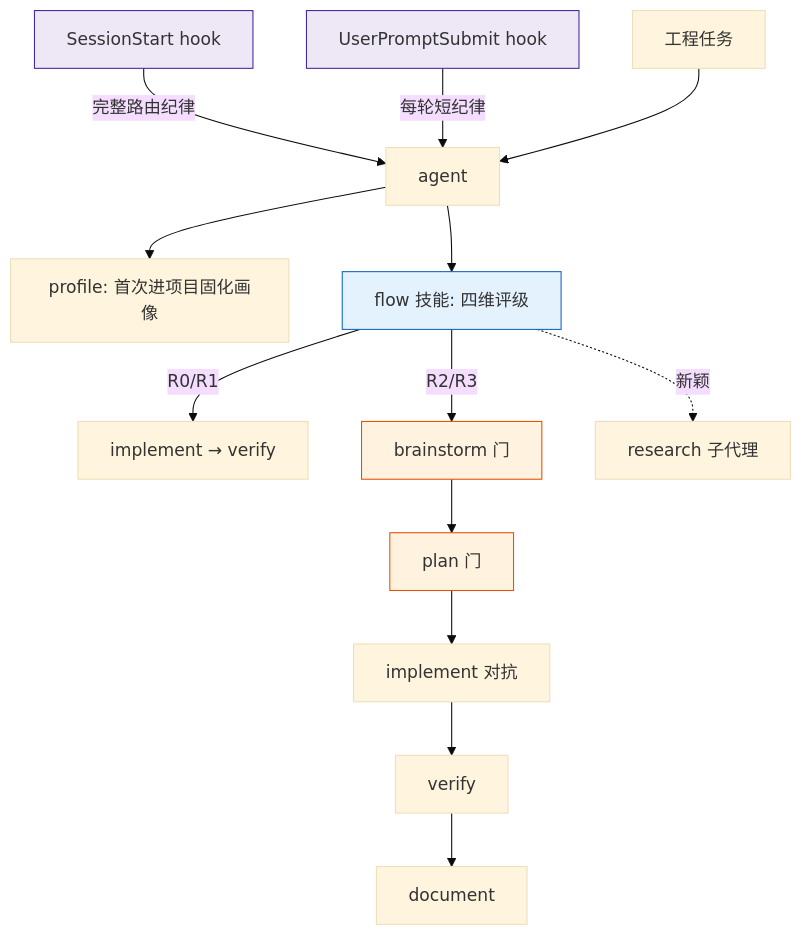
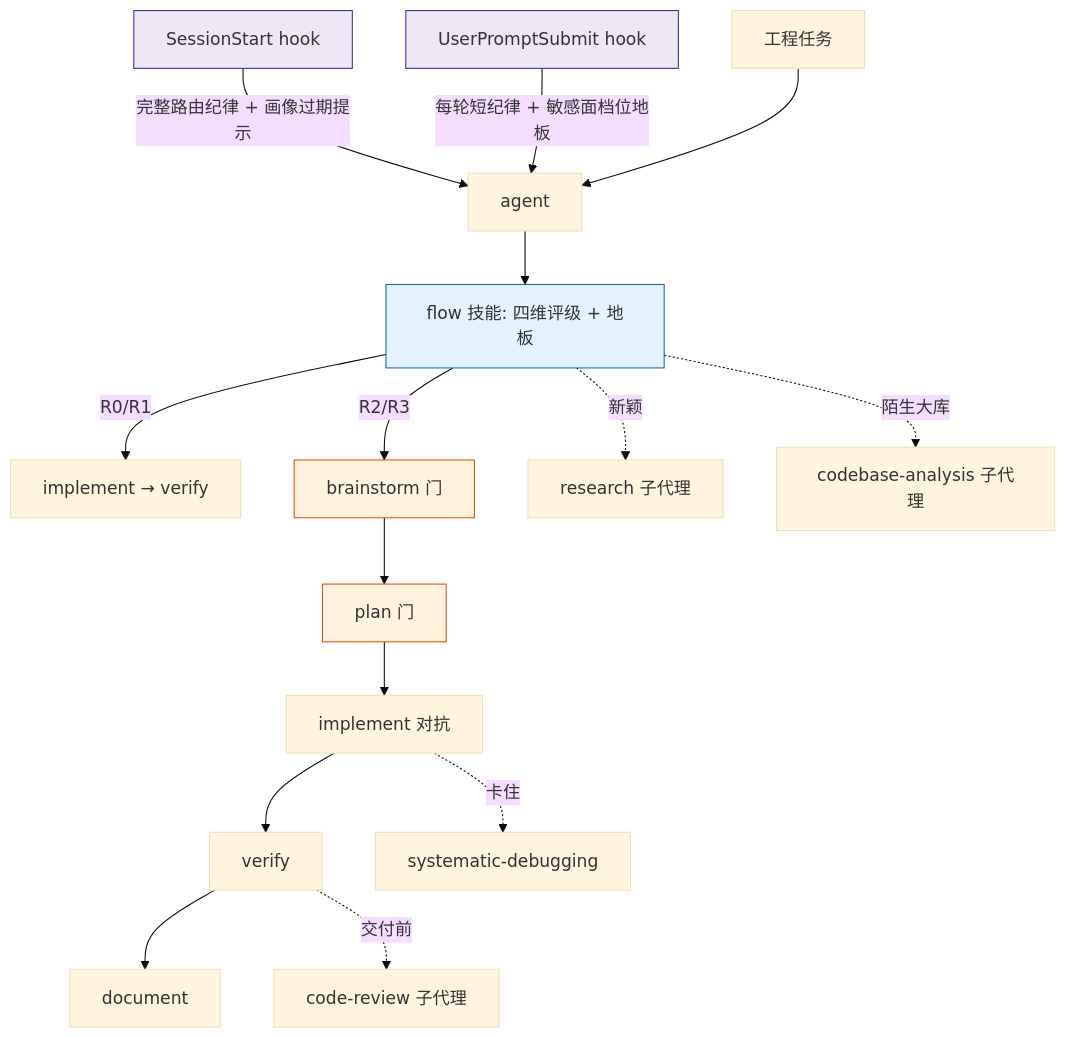
One commit to owenhu-cloud/flow-harness changed the first of 2 diagrams in docs/DESIGN.md. Above: the diagram before and after it, drawn with Mermaid (base theme). The commit also changed other lines of this file and 2 other files, not shown here.

````diff
--- a/docs/DESIGN.md
+++ b/docs/DESIGN.md
@@ -43,15 +28,17 @@
 ```mermaid
 flowchart TD
-    H[SessionStart hook] -->|完整路由纪律| A[agent]
-    Q[UserPromptSubmit hook] -->|每轮短纪律| A
+    H[SessionStart hook] -->|完整路由纪律 + 画像过期提示| A[agent]
+    Q[UserPromptSubmit hook] -->|每轮短纪律 + 敏感面档位地板| A
     U[工程任务] --> A
-    A --> PF[profile: 首次进项目固化画像]
-    A --> R[flow 技能: 四维评级]
-    R -->|R0/R1| I[implement → verify]
-    R -->|R2/R3| B[brainstorm 门] --> P[plan 门] --> I2[implement 对抗] --> V[verify] --> D[document]
-    R -.新颖.-> RS[research 子代理]
+    A --> F[flow 技能: 四维评级 + 地板]
+    F -->|R0/R1| I[implement → verify]
+    F -->|R2/R3| B[brainstorm 门] --> P[plan 门] --> I2[implement 对抗] --> V[verify] --> D[document]
+    F -.新颖.-> R[research 子代理]
+    F -.陌生大库.-> CB[codebase-analysis 子代理]
+    I2 -.卡住.-> DB[systematic-debugging]
+    V -.交付前.-> CR[code-review 子代理]
     classDef route fill:#e3f2fd,stroke:#1565c0;
     classDef gate fill:#fff3e0,stroke:#e65100;
     classDef hook fill:#ede7f6,stroke:#4527a0;
-    class R route; class B,P gate; class H,Q hook;
+    class F route; class B,P gate; class H,Q hook;
 ```
````
